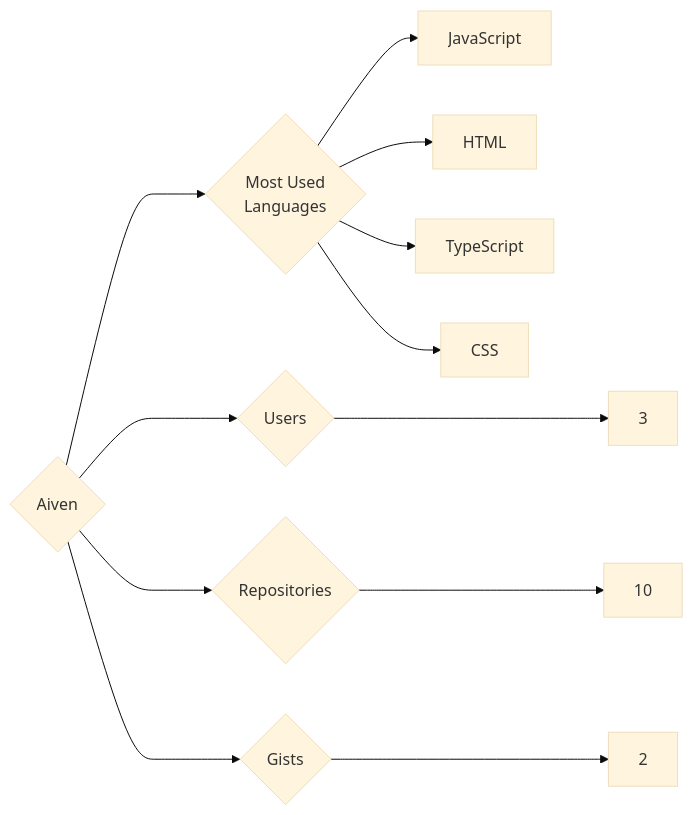
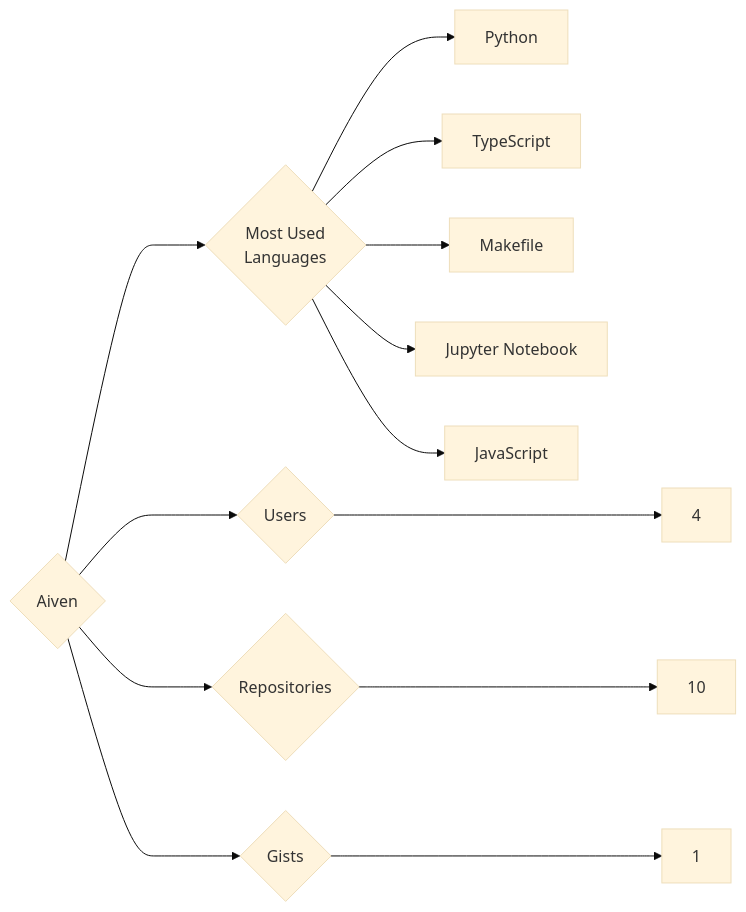
The diagram in targets/Aiven/README.md (trickest/insiders), drawn with Mermaid (base theme) before and after one commit. The commit also changed 1170 other files, not shown here.

````diff
--- a/targets/Aiven/README.md
+++ b/targets/Aiven/README.md
@@ -3,12 +3,13 @@
 ```mermaid
 graph LR
 COMPANY_NAME{Aiven}
-COMPANY_NAME ---> U{Users} ---> UN[3]
+COMPANY_NAME ---> U{Users} ---> UN[4]
 COMPANY_NAME ---> R{Repositories} ---> RN[10]
-COMPANY_NAME ---> G{Gists} ---> GN[2]
+COMPANY_NAME ---> G{Gists} ---> GN[1]
 COMPANY_NAME ---> ML{Most Used<br>Languages}
+ML --> Python[Python]
+ML --> TypeScript[TypeScript]
+ML --> Makefile[Makefile]
+ML --> Jupyter_Notebook[Jupyter Notebook]
 ML --> JavaScript[JavaScript]
-ML --> HTML[HTML]
-ML --> TypeScript[TypeScript]
-ML --> CSS[CSS]
 ```
````
